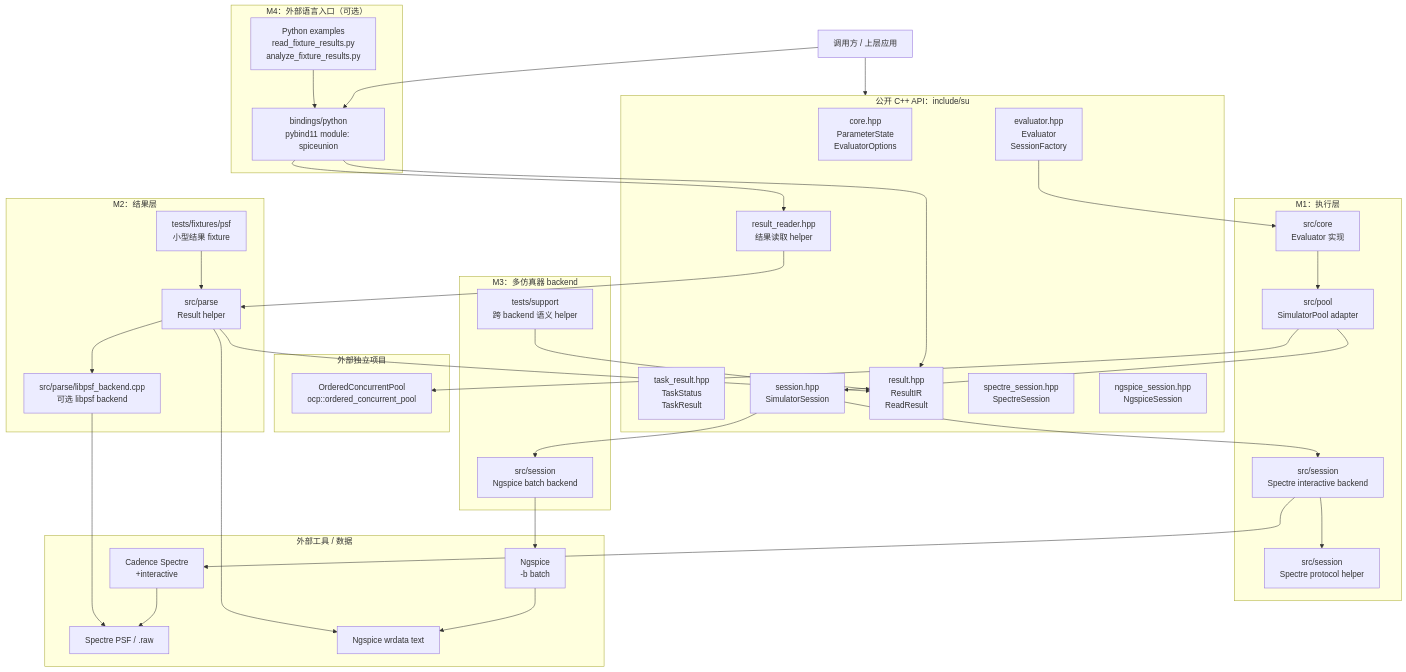
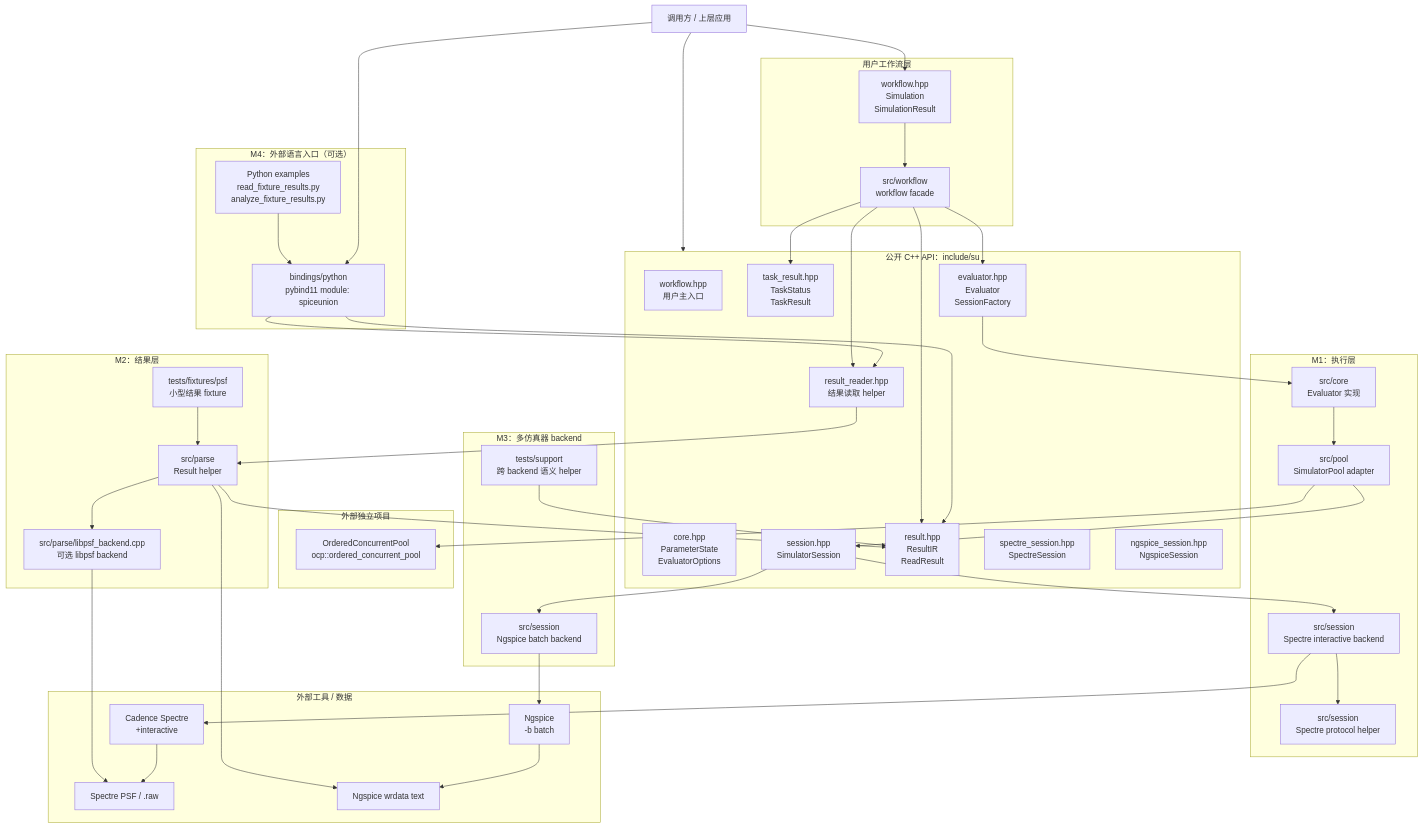
The first of 6 diagrams in doc/develop_doc/00_项目总览/02_架构总览.md (Snappersontheprowl/SPICEUnion), drawn with Mermaid before and after one commit. The commit also changed other lines of this file and 17 other files, not shown here.

```diff
--- a/doc/develop_doc/00_项目总览/02_架构总览.md
+++ b/doc/develop_doc/00_项目总览/02_架构总览.md
@@ -29,7 +29,13 @@
         PyExamples["Python examples<br/>read_fixture_results.py<br/>analyze_fixture_results.py"]
     end
 
+    subgraph WorkflowLayer["用户工作流层"]
+        WorkflowAPI["workflow.hpp<br/>Simulation<br/>SimulationResult"]
+        WorkflowImpl["src/workflow<br/>workflow facade"]
+    end
+
     subgraph PublicAPI["公开 C++ API：include/su"]
+        WorkflowHeader["workflow.hpp<br/>用户主入口"]
         Core["core.hpp<br/>ParameterState<br/>EvaluatorOptions"]
         Task["task_result.hpp<br/>TaskStatus<br/>TaskResult"]
         Session["session.hpp<br/>SimulatorSession"]
@@ -70,10 +76,17 @@
     end
 
     User --> Py
+    User --> WorkflowAPI
     User --> PublicAPI
     Py --> Reader
     Py --> Result
     PyExamples --> Py
+
+    WorkflowAPI --> WorkflowImpl
+    WorkflowImpl --> Eval
+    WorkflowImpl --> Reader
+    WorkflowImpl --> Task
+    WorkflowImpl --> Result
 
     Eval --> EvaluatorImpl
     EvaluatorImpl --> PoolAdapter
```
